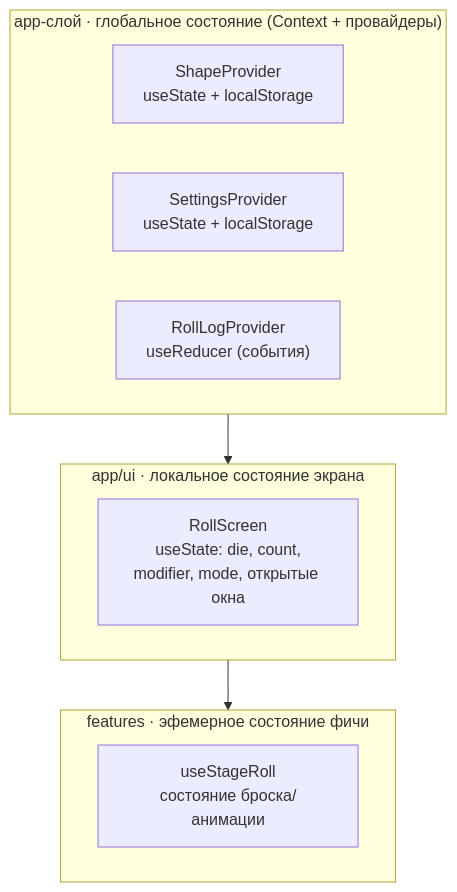
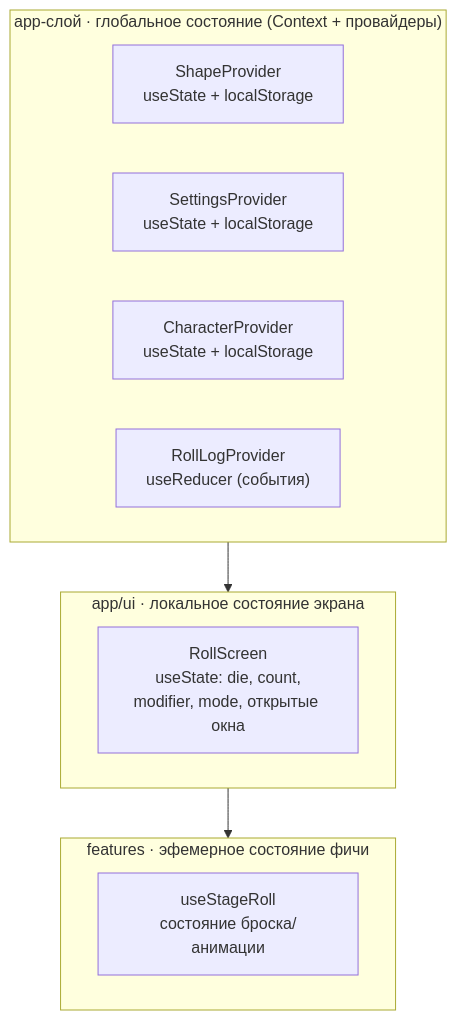
The first of 3 diagrams in dev-wiki/state-management.md (Demonkratiy/DnD-Dice-Roll), drawn with Mermaid before and after one commit. The commit also changed other lines of this file and 19 other files, not shown here.

````diff
--- a/dev-wiki/state-management.md
+++ b/dev-wiki/state-management.md
@@ -13,18 +13,19 @@
 ```mermaid
 flowchart TB
     subgraph App["app-слой · глобальное состояние (Context + провайдеры)"]
         Theme["ShapeProvider<br/>useState + localStorage"]
         Settings["SettingsProvider<br/>useState + localStorage"]
+        Character["CharacterProvider<br/>useState + localStorage"]
         Log["RollLogProvider<br/>useReducer (события)"]
     end
 
     subgraph Screen["app/ui · локальное состояние экрана"]
         ScreenState["RollScreen<br/>useState: die, count,<br/>modifier, mode, открытые окна"]
     end
 
     subgraph Feature["features · эфемерное состояние фичи"]
         Stage["useStageRoll<br/>состояние броска/анимации"]
     end
 
     App --> Screen --> Feature
 ```
````
